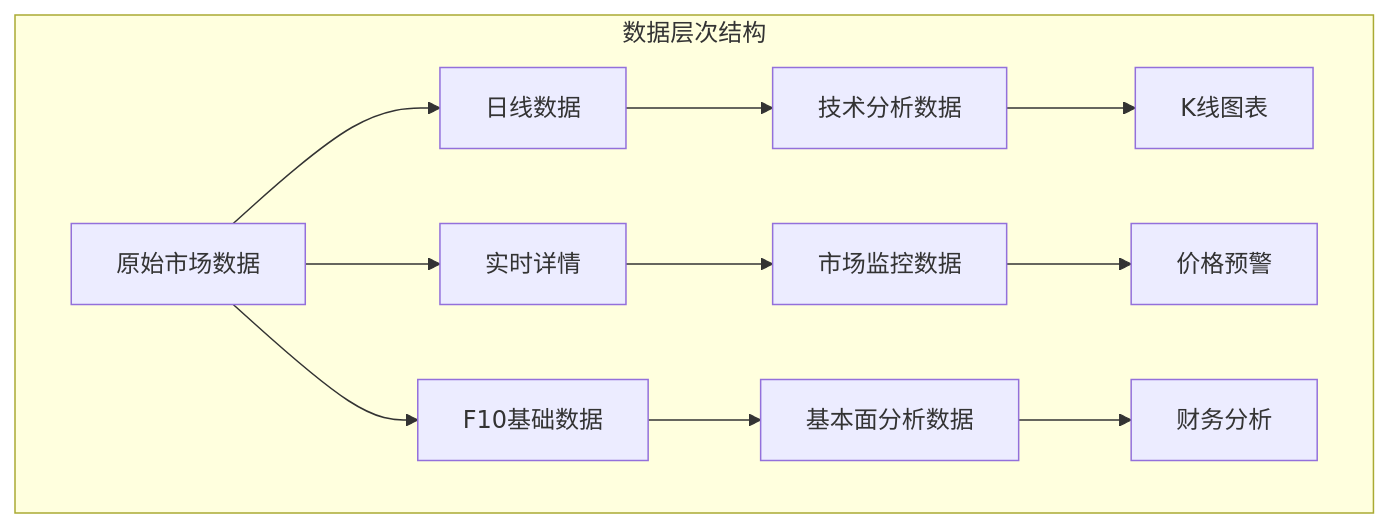
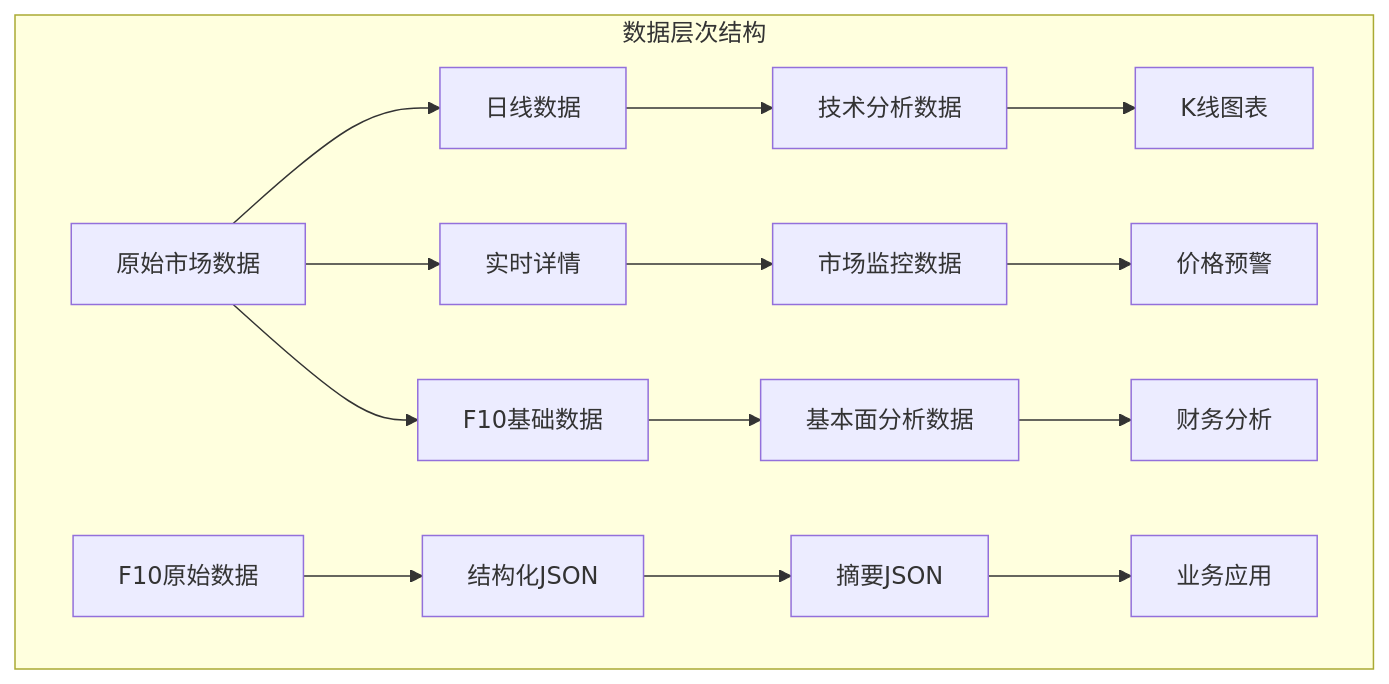
Before and after one commit to MORECORIANDERS/SCBE-web: the eighth of 13 diagrams in .qoder/repowiki/zh/content/使用示例与最佳实践.md, drawn with Mermaid. The commit also changed other lines of this file and 16 other files, not shown here.

````diff
--- a/.qoder/repowiki/zh/content/使用示例与最佳实践.md
+++ b/.qoder/repowiki/zh/content/使用示例与最佳实践.md
@@ -239,14 +368,17 @@
 ```mermaid
 graph TB
 subgraph "数据层次结构"
 A[原始市场数据] --> B[日线数据]
 A --> C[实时详情]
 A --> D[F10基础数据]
 B --> E[技术分析数据]
 C --> F[市场监控数据]
 D --> G[基本面分析数据]
 E --> H[K线图表]
 F --> I[价格预警]
 G --> J[财务分析]
+K[F10原始数据] --> L[结构化JSON]
+L --> M[摘要JSON]
+M --> N[业务应用]
 end
 ```
````
